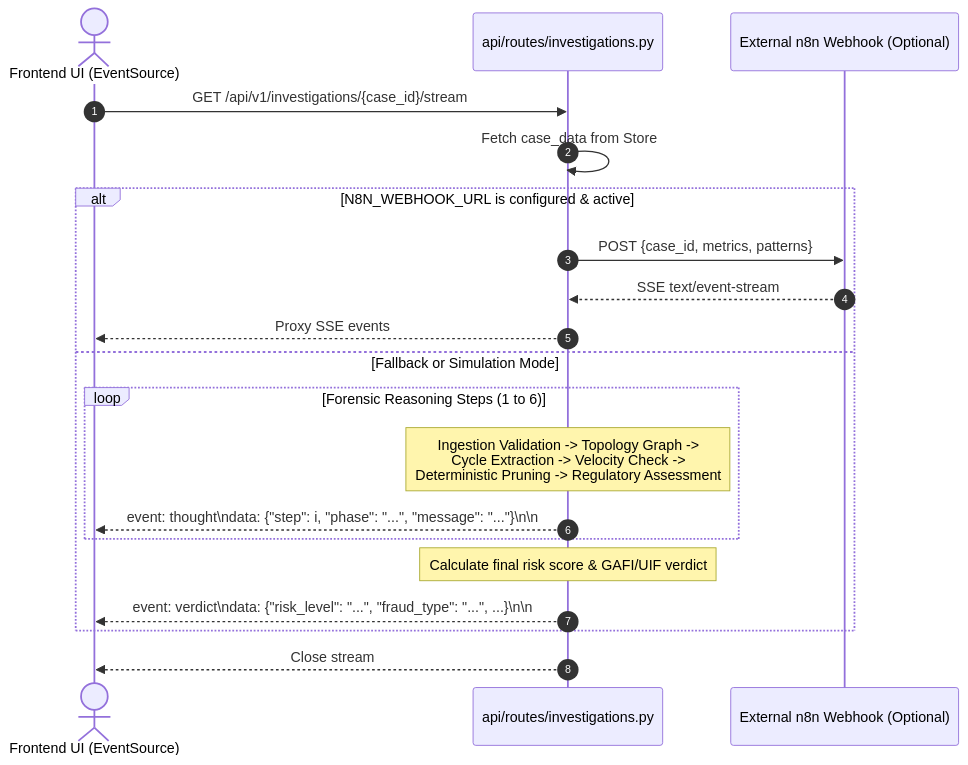
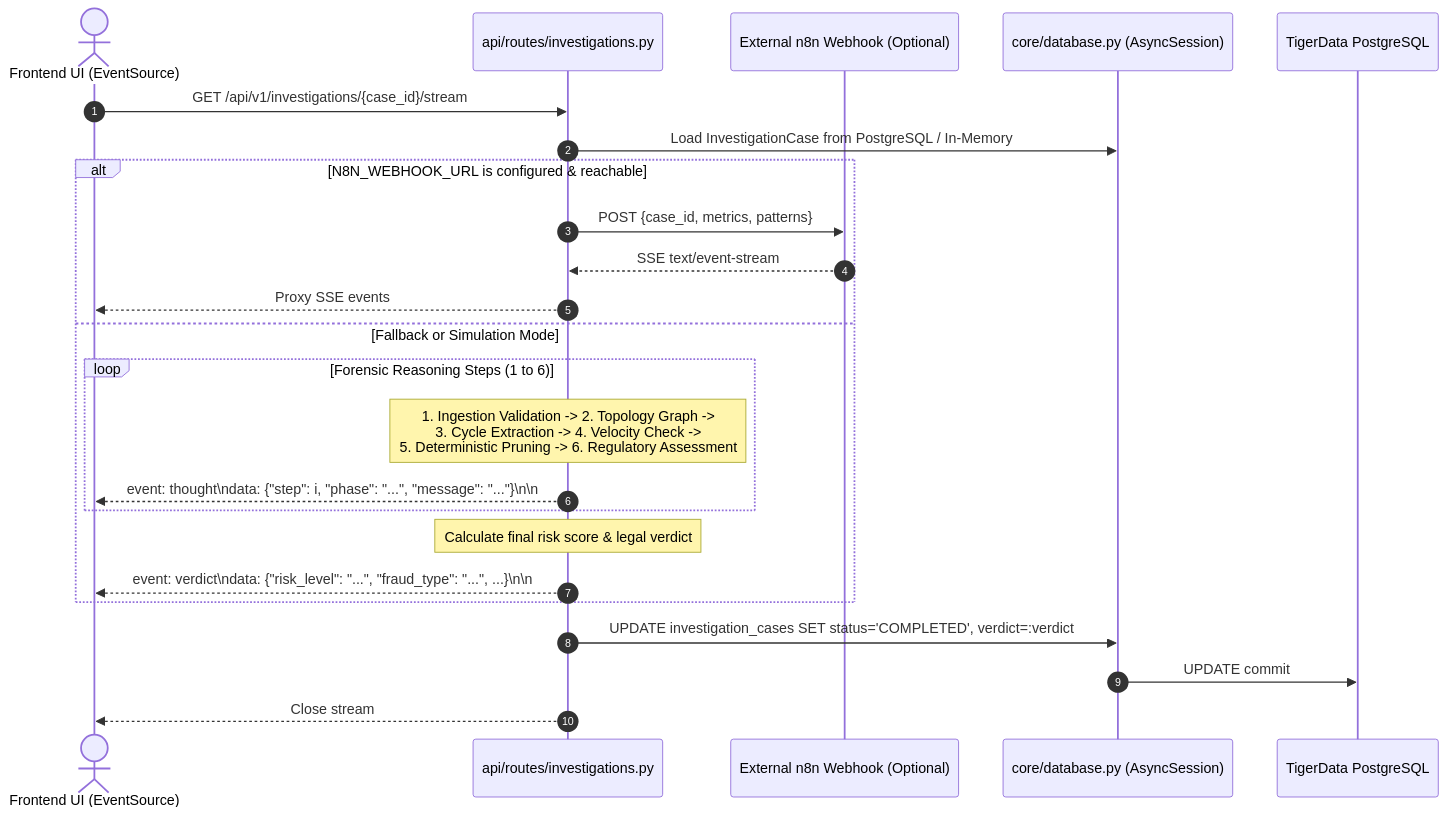
One commit to oscarvasquez28/HackMty2026-InfoSys changed the third of 4 diagrams in doc/backend/README.md. Above: the diagram before and after it, drawn with Mermaid. The commit also changed other lines of this file and 5 other files, not shown here.

First line of the commit message:
docs: synchronize system architecture, backend, and frontend documentation hubs

````diff
--- a/doc/backend/README.md
+++ b/doc/backend/README.md
@@ -71,23 +117,27 @@
 ```mermaid
 sequenceDiagram
     autonumber
     actor Client as Frontend UI (EventSource)
     participant Route as api/routes/investigations.py
     participant N8N as External n8n Webhook (Optional)
-    
+    participant DB as core/database.py (AsyncSession)
+    participant PG as TigerData PostgreSQL
+
     Client->>Route: GET /api/v1/investigations/{case_id}/stream
-    Route->>Route: Fetch case_data from Store
-    alt N8N_WEBHOOK_URL is configured & active
+    Route->>DB: Load InvestigationCase from PostgreSQL / In-Memory
+    alt N8N_WEBHOOK_URL is configured & reachable
         Route->>N8N: POST {case_id, metrics, patterns}
         N8N-->>Route: SSE text/event-stream
         Route-->>Client: Proxy SSE events
     else Fallback or Simulation Mode
         loop Forensic Reasoning Steps (1 to 6)
-            Note over Route: Ingestion Validation -> Topology Graph -><br/>Cycle Extraction -> Velocity Check -><br/>Deterministic Pruning -> Regulatory Assessment
+            Note over Route: 1. Ingestion Validation -> 2. Topology Graph -><br/>3. Cycle Extraction -> 4. Velocity Check -><br/>5. Deterministic Pruning -> 6. Regulatory Assessment
             Route-->>Client: event: thought\ndata: {"step": i, "phase": "...", "message": "..."}\n\n
         end
-        Note over Route: Calculate final risk score & GAFI/UIF verdict
+        Note over Route: Calculate final risk score & legal verdict
         Route-->>Client: event: verdict\ndata: {"risk_level": "...", "fraud_type": "...", ...}\n\n
     end
+    Route->>DB: UPDATE investigation_cases SET status='COMPLETED', verdict=:verdict
+    DB->>PG: UPDATE commit
     Route-->>Client: Close stream
 ```
````
